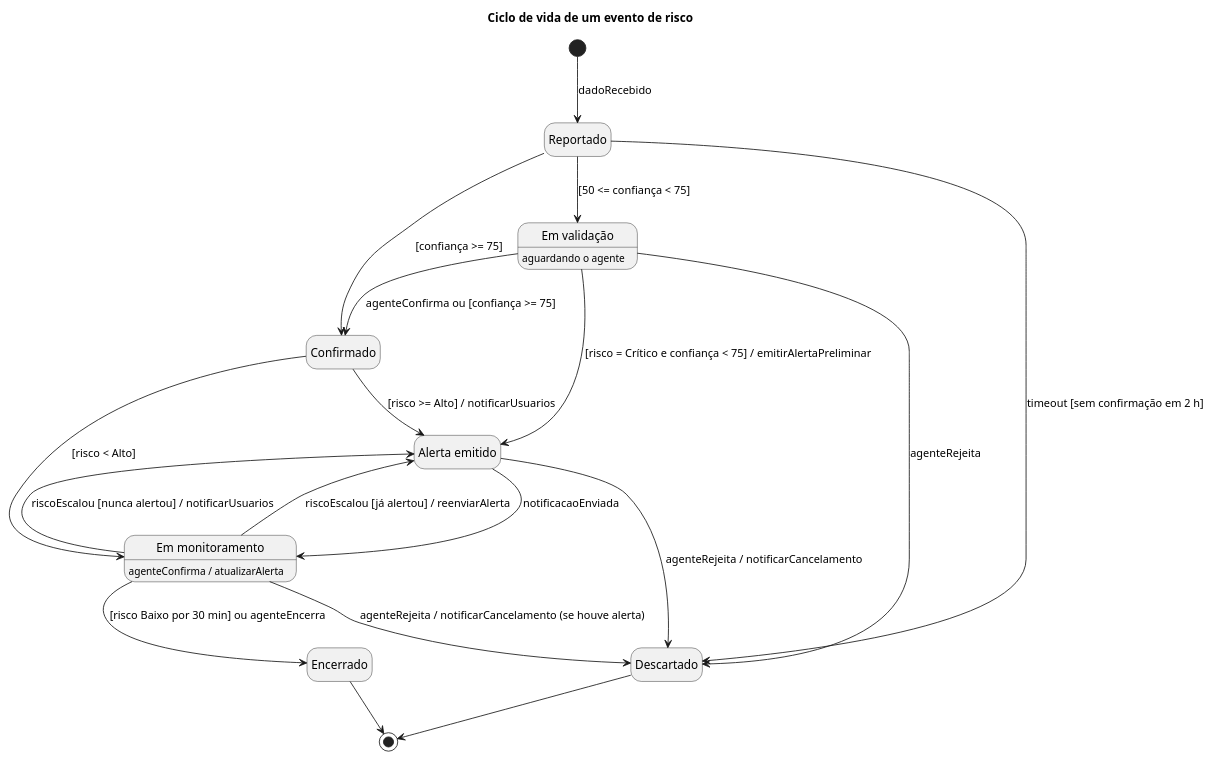
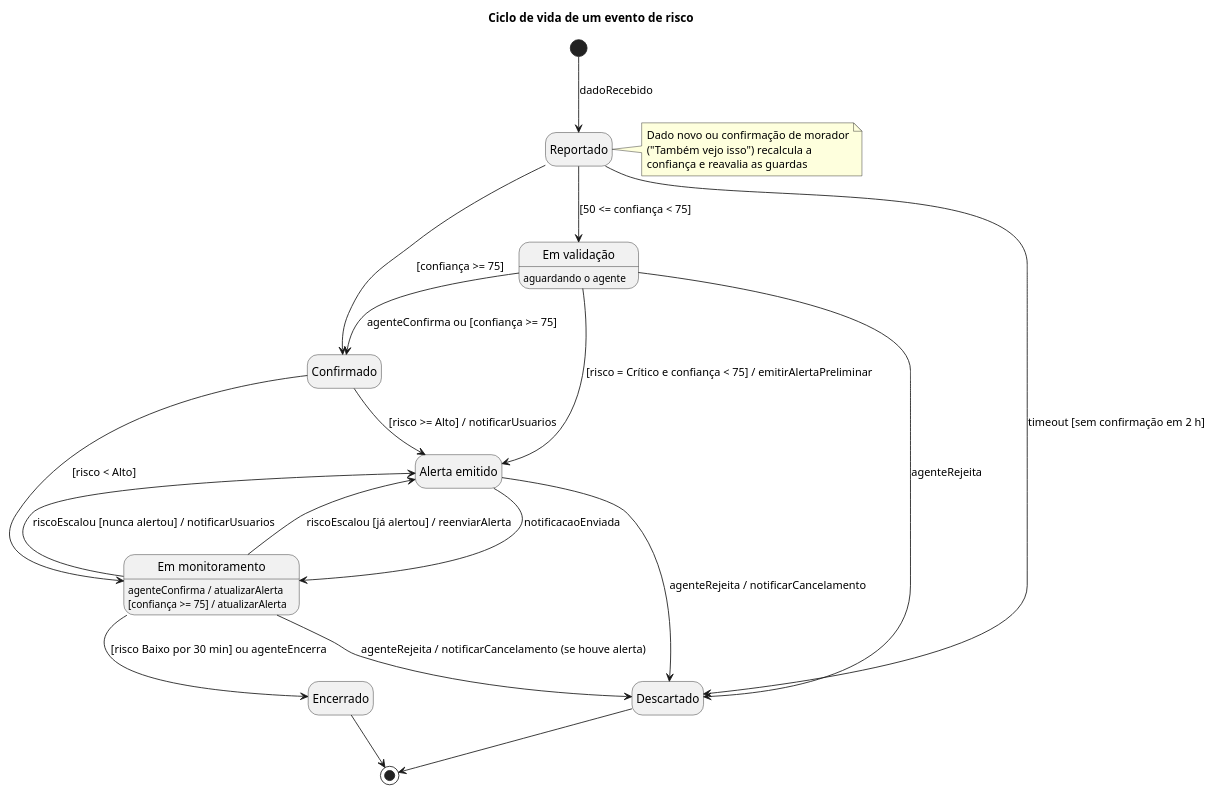
Before and after one commit to IsaacEmerick/urban-risk-platform: the diagram in docs/diagramas/estados.puml, drawn with PlantUML. The commit also changed 33 other files, not shown here.

```diff
--- a/docs/diagramas/estados.puml
+++ b/docs/diagramas/estados.puml
@@ -1,34 +1,41 @@
 @startuml estados
 title Ciclo de vida de um evento de risco
 hide empty description
 state Reportado
 state "Em validação" as EmValidacao
 state Confirmado
 state "Alerta emitido" as AlertaEmitido
 state "Em monitoramento" as EmMonitoramento
 state Encerrado
 state Descartado
 
 ' Em validação = aguardando a decisão do agente (RN02)
 EmValidacao : aguardando o agente
-' Transição interna: confirma o alerta preliminar e remove a marca "não confirmado"
+' Transições internas: o alerta preliminar perde a marca "não confirmado" quando o agente
+' confirma ou quando a confiança chega a Alta (ex.: confirmações de moradores) — RN02
 EmMonitoramento : agenteConfirma / atualizarAlerta
+EmMonitoramento : [confiança >= 75] / atualizarAlerta
+note right of Reportado
+  Dado novo ou confirmação de morador
+  ("Também vejo isso") recalcula a
+  confiança e reavalia as guardas
+end note
 
 [*] --> Reportado : dadoRecebido
 Reportado --> Confirmado : [confiança >= 75]
 Reportado --> EmValidacao : [50 <= confiança < 75]
 Reportado --> Descartado : timeout [sem confirmação em 2 h]
 EmValidacao --> Confirmado : agenteConfirma ou [confiança >= 75]
 EmValidacao --> AlertaEmitido : [risco = Crítico e confiança < 75] / emitirAlertaPreliminar
 EmValidacao --> Descartado : agenteRejeita
 Confirmado --> AlertaEmitido : [risco >= Alto] / notificarUsuarios
 Confirmado --> EmMonitoramento : [risco < Alto]
 AlertaEmitido --> EmMonitoramento : notificacaoEnviada
 AlertaEmitido --> Descartado : agenteRejeita / notificarCancelamento
 EmMonitoramento --> AlertaEmitido : riscoEscalou [nunca alertou] / notificarUsuarios
 EmMonitoramento --> AlertaEmitido : riscoEscalou [já alertou] / reenviarAlerta
 EmMonitoramento --> Descartado : agenteRejeita / notificarCancelamento (se houve alerta)
 EmMonitoramento --> Encerrado : [risco Baixo por 30 min] ou agenteEncerra
 Encerrado --> [*]
 Descartado --> [*]
 @enduml
```
